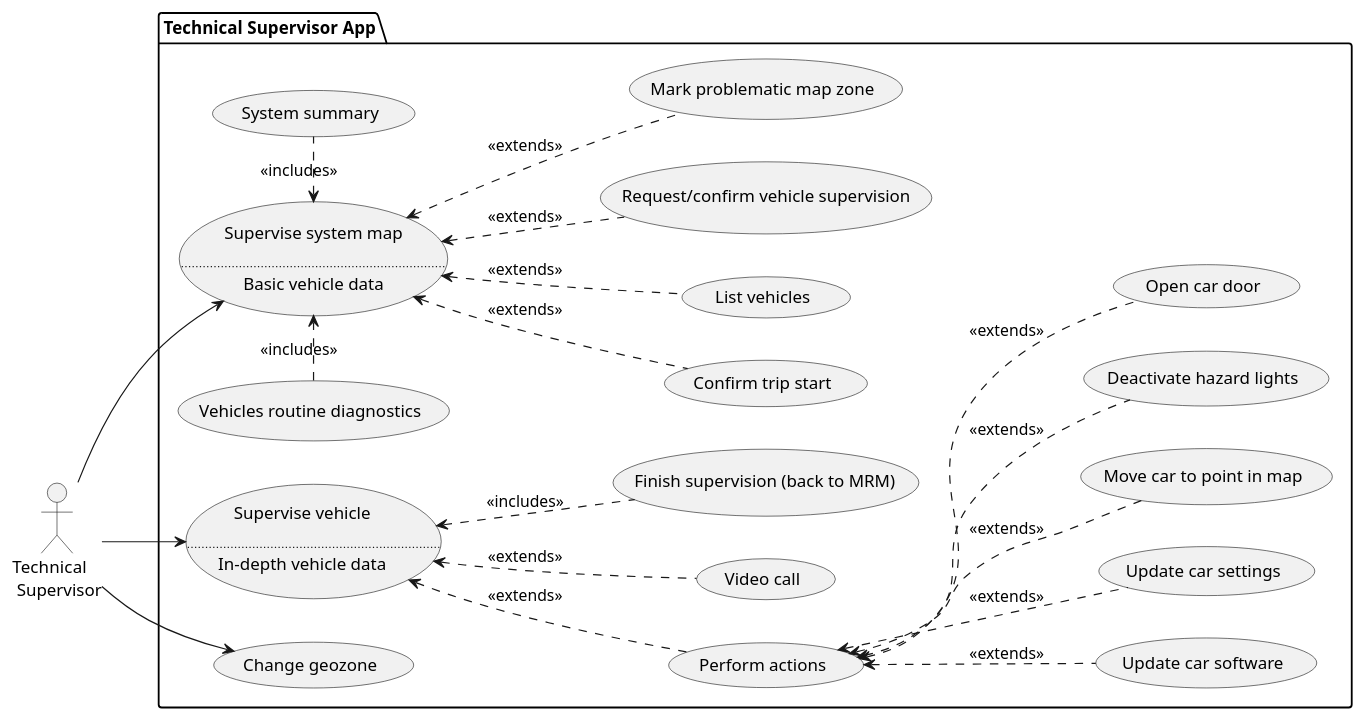
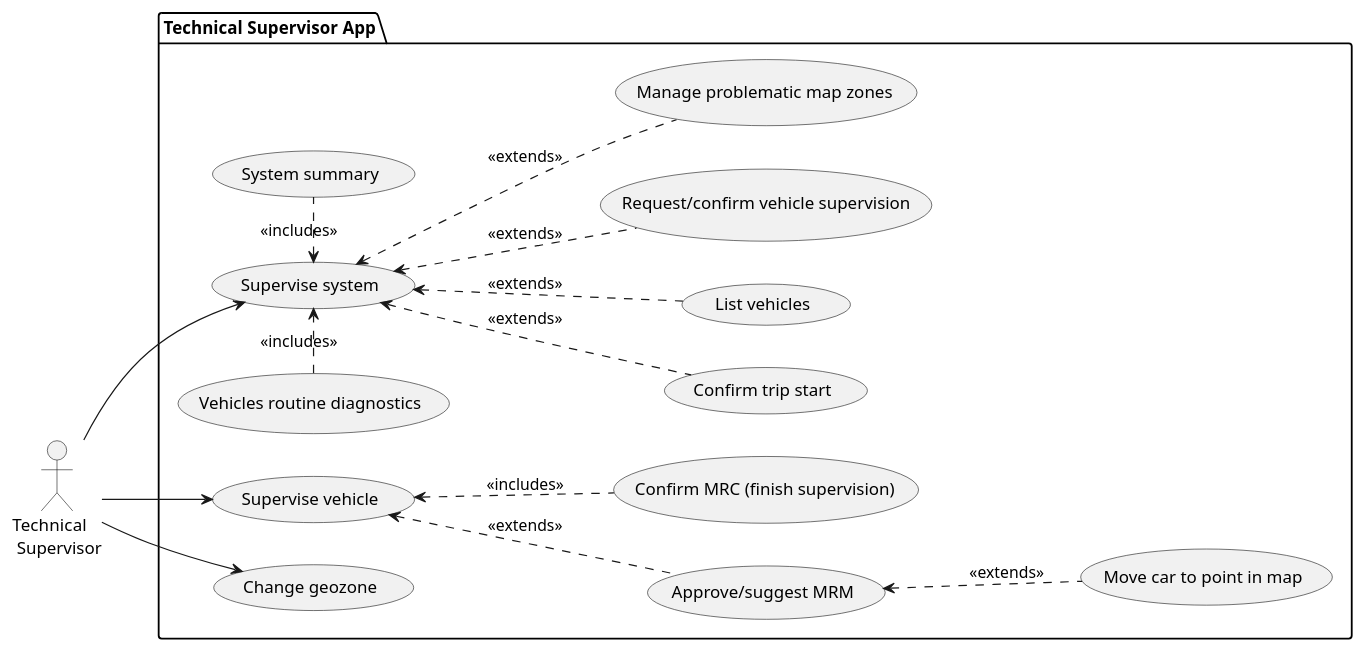
One commit to bruno-motorai/uml changed the diagram in technical_supervisor/use_cases.pu. Above: the diagram before and after it, drawn with PlantUML. The commit also changed 3 other files, not shown here.

Commit message:
Add v2 of ERS diagram, Add car state diagram

```diff
--- a/technical_supervisor/use_cases.pu
+++ b/technical_supervisor/use_cases.pu
@@ -1,66 +1,58 @@
 @startuml ts_use_cases
 left to right direction
 
 actor :Technical \n Supervisor: as TS1
 
 package "Technical Supervisor App" {
-    usecase UC1 as "Supervise system map
-        
-        ....
-        Basic vehicle data
-    "
-    usecase UC2 as "Supervise vehicle
-        
-        ....
-        In-depth vehicle data
-    "
+    usecase UC1 as "Supervise system"
+    usecase UC2 as "Supervise vehicle"
     usecase UC3 as "Change geozone"
 
     ' Supervise system
     usecase "Confirm trip start" as UC100
     usecase "System summary" as UC101
     usecase "List vehicles" as UC102
     usecase "Request/confirm vehicle supervision" as UC103
     usecase "Vehicles routine diagnostics" as UC104
-    usecase "Mark problematic map zone" as  UC105
+    usecase "Manage problematic map zones" as  UC105
 
     ' Supervise vehicle
-    usecase "Perform actions" as UC201
-    usecase "Video call" as UC202
-    usecase "Finish supervision (back to MRM)" as UC203
+    usecase "Approve/suggest MRM" as UC202
+    usecase "Confirm MRC (finish supervision)" as UC203
+    ' usecase "Perform actions" as UC201
 
 
     ' Vehicle actions
-    usecase "Update car software" as UC301
-    usecase "Update car settings" as UC302
+    ' usecase "Update car software" as UC301
+    ' usecase "Update car settings" as UC302
     usecase "Move car to point in map" as UC303
-    usecase "Deactivate hazard lights" as UC304
-    usecase "Open car door" as UC305
+    ' usecase "Deactivate hazard lights" as UC304
+    ' usecase "Open car door" as UC305
 }
 
 ' User connections
 TS1 --> UC2
 TS1 --> UC1
 TS1 --> UC3
 
 ' Supervise system
 UC100 -u-> UC1 #line.dashed : <<extends>>
 UC101 -l-> UC1 #line.dashed : <<includes>>
 UC102 -u-> UC1 #line.dashed : <<extends>>
 UC103 -u-> UC1 #line.dashed : <<extends>>
 UC104 -r-> UC1 #line.dashed : <<includes>>
 UC105 -u-> UC1 #line.dashed : <<extends>>
 
 ' Supervise vehicle
-UC201 -u-> UC2 #line.dashed : <<extends>>
+' UC201 -u-> UC2 #line.dashed : <<extends>>
 UC202 -u-> UC2 #line.dashed : <<extends>>
 UC203 -u-> UC2 #line.dashed : <<includes>>
 ' Actions
-UC301 -u-> UC201 #line.dashed : <<extends>>
-UC302 -u-> UC201 #line.dashed : <<extends>>
-UC303 -u-> UC201 #line.dashed : <<extends>>
-UC304 -u-> UC201 #line.dashed : <<extends>>
-UC305 -u-> UC201 #line.dashed : <<extends>>
+' UC301 -u-> UC201 #line.dashed : <<extends>>
+' UC302 -u-> UC201 #line.dashed : <<extends>>
+UC303 -u-> UC202 #line.dashed : <<extends>>
+' UC304 -u-> UC201 #line.dashed : <<extends>>
+' UC305 -u-> UC201 #line.dashed : <<extends>>
 
 
 @enduml
```
